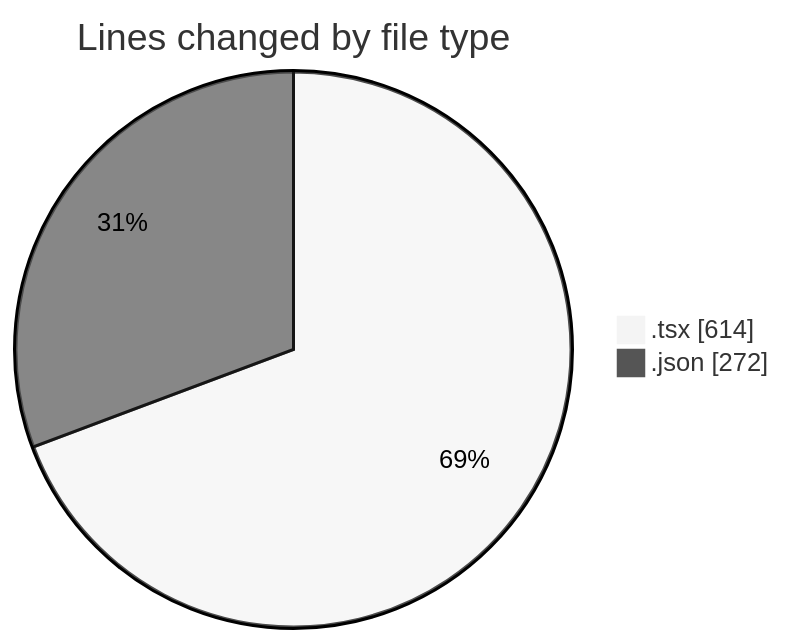
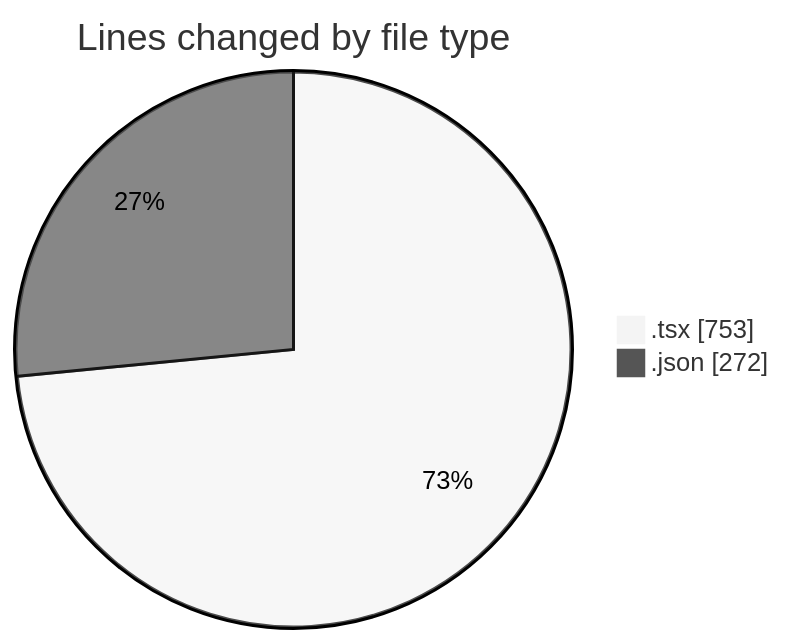
One commit to EIIisD/code-tracking changed the first of 2 diagrams in 2025-08-13/ribbon/README.md. Above: the diagram before and after it, drawn with Mermaid (neutral theme). The commit also changed other lines of this file and 1 other file, not shown here.

````diff
--- a/2025-08-13/ribbon/README.md
+++ b/2025-08-13/ribbon/README.md
@@ -21,6 +23,6 @@
 ```mermaid
 pie showData
 title Lines changed by file type
-".tsx" : 614
+".tsx" : 753
 ".json" : 272
 ```
````
